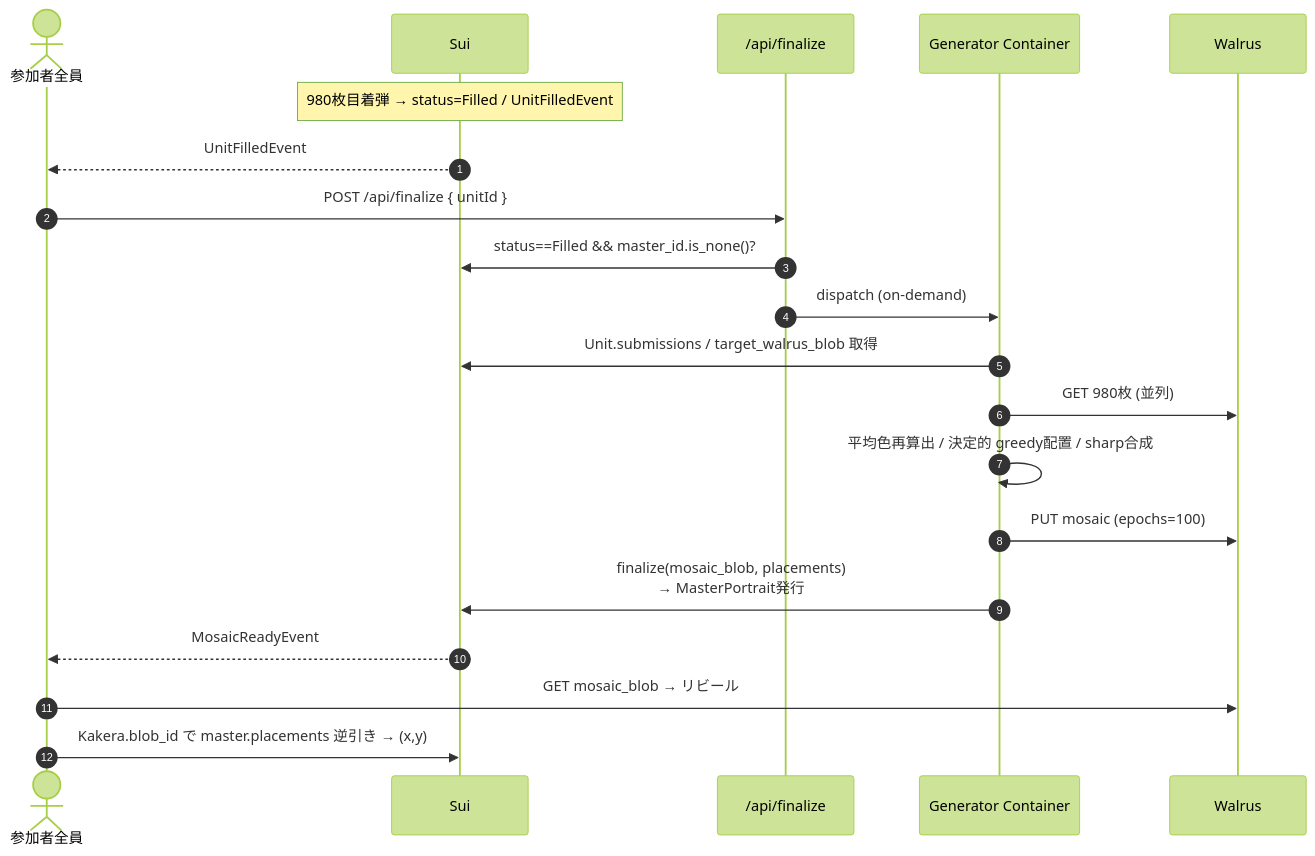
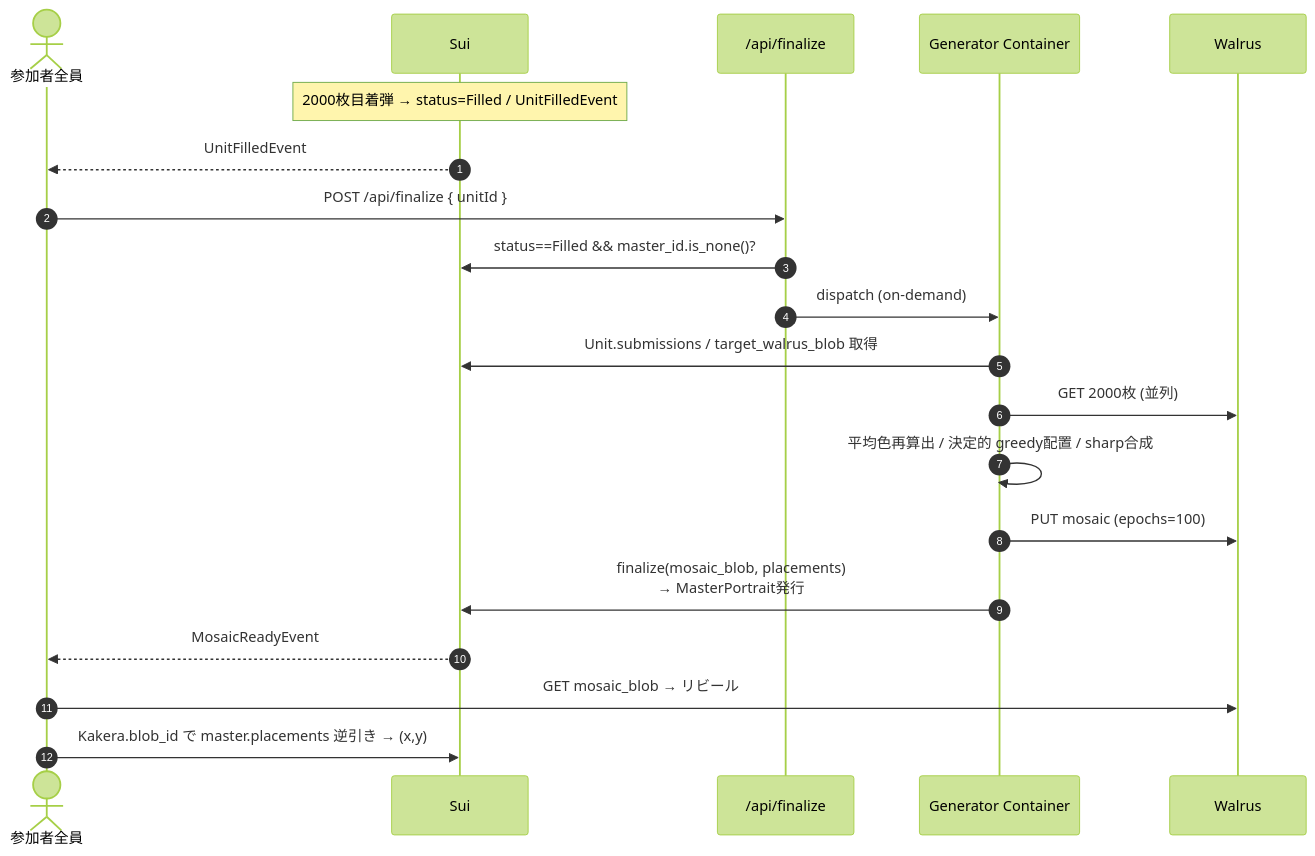
The second of 2 diagrams in docs/tech.md (UnagiLabs/one_portrait), drawn with Mermaid (forest theme) before and after one commit. The commit also changed other lines of this file and 12 other files, not shown here.

````diff
--- a/docs/tech.md
+++ b/docs/tech.md
@@ -58,23 +58,23 @@
 ```mermaid
 sequenceDiagram
     autonumber
     actor Clients as 参加者全員
     participant Sui
     participant Worker as /api/finalize
     participant Gen as Generator Container
     participant Walrus
 
-    Note over Sui: 980枚目着弾 → status=Filled / UnitFilledEvent
+    Note over Sui: 2000枚目着弾 → status=Filled / UnitFilledEvent
     Sui-->>Clients: UnitFilledEvent
     Clients->>Worker: POST /api/finalize { unitId }
     Worker->>Sui: status==Filled && master_id.is_none()?
     Worker->>Gen: dispatch (on-demand)
     Gen->>Sui: Unit.submissions / target_walrus_blob 取得
-    Gen->>Walrus: GET 980枚 (並列)
+    Gen->>Walrus: GET 2000枚 (並列)
     Gen->>Gen: 平均色再算出 / 決定的 greedy配置 / sharp合成
     Gen->>Walrus: PUT mosaic (epochs=100)
     Gen->>Sui: finalize(mosaic_blob, placements)<br/>→ MasterPortrait発行
     Sui-->>Clients: MosaicReadyEvent
     Clients->>Walrus: GET mosaic_blob → リビール
     Clients->>Sui: Kakera.blob_id で master.placements 逆引き → (x,y)
 ```
````
